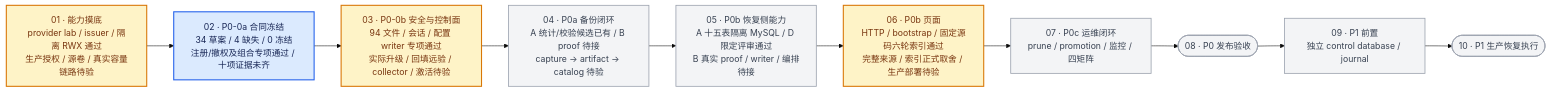
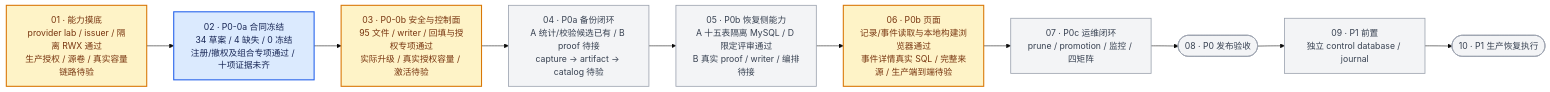
One commit to Li-Day-Day/ClawManager changed the diagram in docs/system-backup-development-flow.md. Above: the diagram before and after it, drawn with Mermaid (base theme). The commit also changed other lines of this file and 326 other files, not shown here.

````diff
--- a/docs/system-backup-development-flow.md
+++ b/docs/system-backup-development-flow.md
@@ -37,22 +37,22 @@
 ```mermaid
 flowchart LR
     S["01 · 能力摸底<br/>provider lab / issuer / 隔离 RWX 通过<br/>生产授权 / 源卷 / 真实容量链路待验"]
     A["02 · P0-0a 合同冻结<br/>34 草案 / 4 缺失 / 0 冻结<br/>注册/撤权及组合专项通过 / 十项证据未齐"]
-    B["03 · P0-0b 安全与控制面<br/>94 文件 / 会话 / 配置 writer 专项通过<br/>实际升级 / 回填远验 / collector / 激活待验"]
+    B["03 · P0-0b 安全与控制面<br/>95 文件 / writer / 回填与授权专项通过<br/>实际升级 / 真实授权容量 / 激活待验"]
     C["04 · P0a 备份闭环<br/>A 统计/校验候选已有 / B proof 待接<br/>capture → artifact → catalog 待验"]
     D["05 · P0b 恢复侧能力<br/>A 十五表隔离 MySQL / D 限定评审通过<br/>B 真实 proof / writer / 编排待接"]
-    U["06 · P0b 页面<br/>HTTP / bootstrap / 固定源码六轮索引通过<br/>完整来源 / 索引正式取舍 / 生产部署待验"]
+    U["06 · P0b 页面<br/>记录/事件读取与本地构建浏览器通过<br/>事件详情真实 SQL / 完整来源 / 生产端到端待验"]
     E["07 · P0c 运维闭环<br/>prune / promotion / 监控 / 四矩阵"]
     G(["08 · P0 发布验收"])
     J["09 · P1 前置<br/>独立 control database / journal"]
     P(["10 · P1 生产恢复执行"])
 
     S --> A --> B --> C --> D --> U --> E --> G --> J --> P
 
     classDef active fill:#DBEAFE,stroke:#2563EB,stroke-width:2px,color:#172554
     classDef partial fill:#FEF3C7,stroke:#D97706,stroke-width:2px,color:#78350F
     classDef planned fill:#F3F4F6,stroke:#9CA3AF,stroke-width:1.5px,color:#374151
     class A active
     class S,B,U partial
     class C,D,E,G,J,P planned
 ```
````
